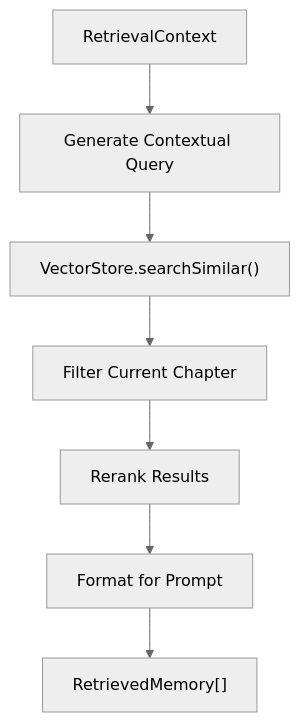
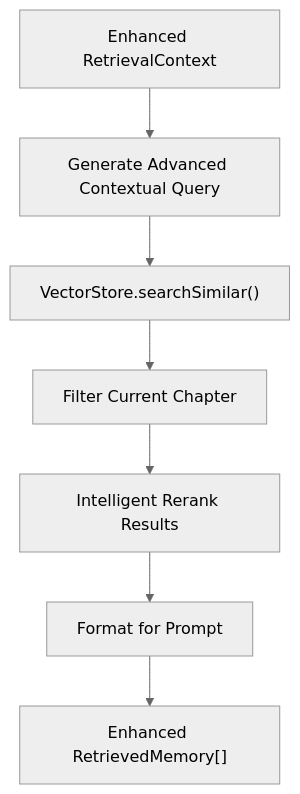
The fourth of 13 diagrams in .qoder/repowiki/en/content/Memory Management System/Memory Management System.md (liwonder/NARRITIVE_OS), drawn with Mermaid (neutral theme) before and after one commit. The commit also changed other lines of this file and 12 other files, not shown here.

````diff
--- a/.qoder/repowiki/en/content/Memory Management System/Memory Management System.md
+++ b/.qoder/repowiki/en/content/Memory Management System/Memory Management System.md
@@ -288,9 +291,9 @@
 ```mermaid
 flowchart TD
-A["RetrievalContext"] --> B["Generate Contextual Query"]
+A["Enhanced RetrievalContext"] --> B["Generate Advanced Contextual Query"]
 B --> C["VectorStore.searchSimilar()"]
 C --> D["Filter Current Chapter"]
-D --> E["Rerank Results"]
+D --> E["Intelligent Rerank Results"]
 E --> F["Format for Prompt"]
-F --> G["RetrievedMemory[]"]
+F --> G["Enhanced RetrievedMemory[]"]
 ```
````
